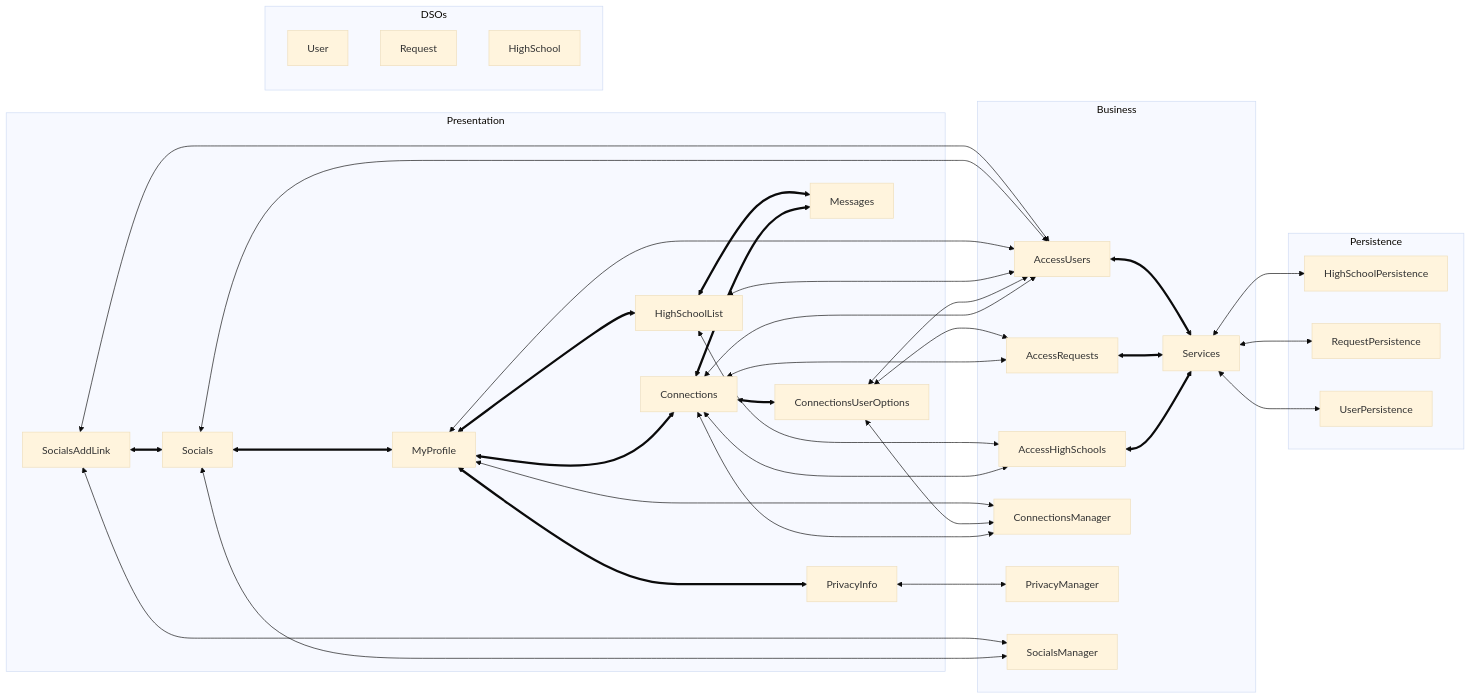
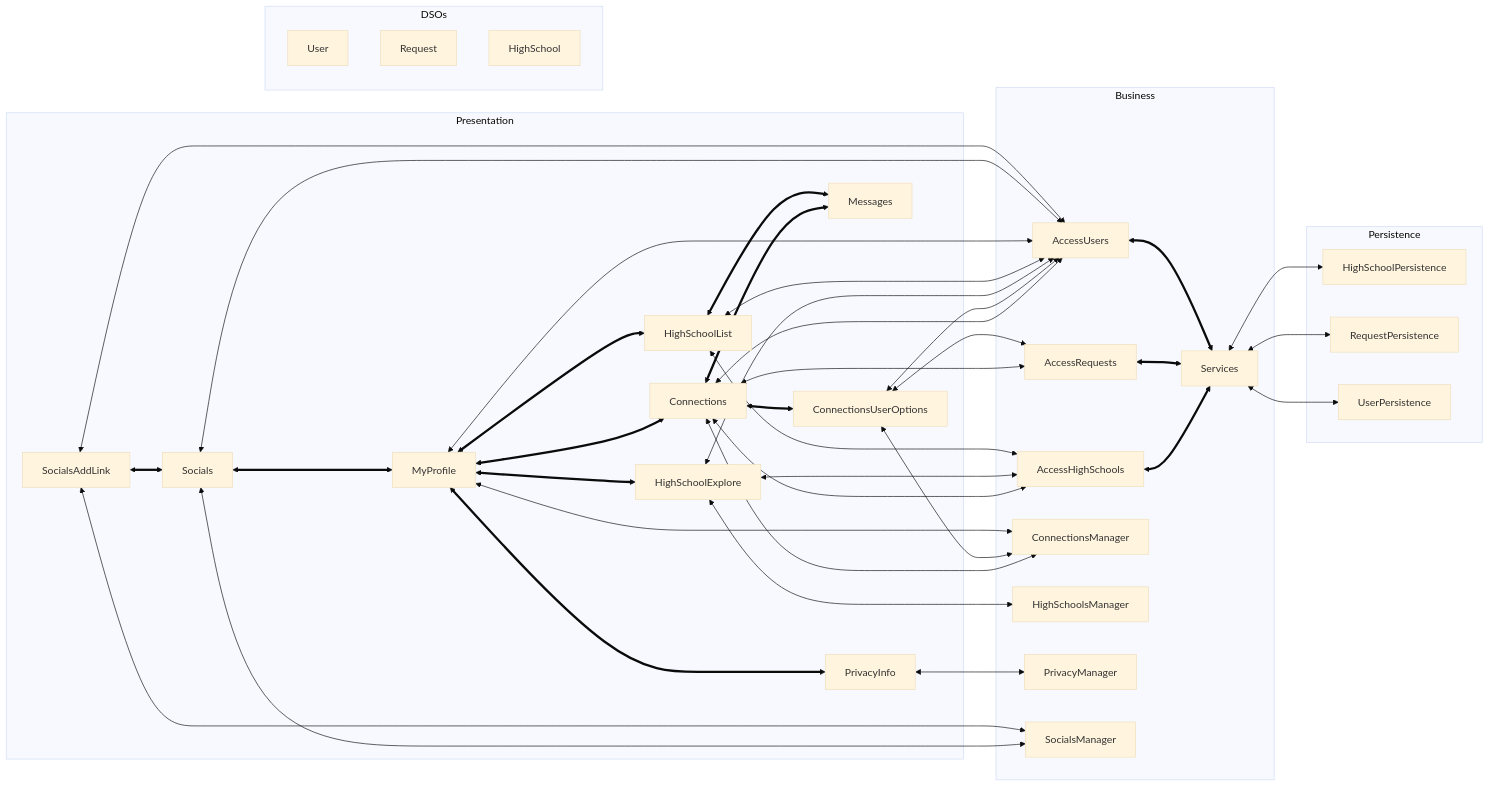
The diagram in docs/ARCHITECTURE.md (khaledElgohary/high-school-hub), drawn with Mermaid (base theme) before and after one commit. The commit also changed other lines of this file, not shown here.

Commit message:
Update ARCHITECTURE.md with new classes related to high schools

````diff
--- a/docs/ARCHITECTURE.md
+++ b/docs/ARCHITECTURE.md
@@ -4,47 +4,50 @@
 ```mermaid
 %% Note: In case the diagram is not rendering properly, a backup can be found at https://code.cs.umanitoba.ca/3350-summer2023/highschool-hub/-/blob/main/docs/mermaid-diagram-backup.png.
 
- flowchart LR
+  flowchart LR
     %% Links between nodes of different subgraphs
     Connections <--> AccessHighSchools & AccessRequests & AccessUsers & ConnectionsManager
     ConnectionsUserOptions <--> AccessRequests & AccessUsers & ConnectionsManager
+    HighSchoolExplore <---> AccessHighSchools & AccessUsers & HighSchoolsManager
     HighSchoolList <---> AccessUsers & AccessHighSchools
     MyProfile <--> AccessUsers & ConnectionsManager
     PrivacyInfo <--> PrivacyManager
     Socials <--> AccessUsers & SocialsManager
     SocialsAddLink <--> AccessUsers & SocialsManager
 
     Services <--> HighSchoolPersistence & RequestPersistence & UserPersistence
 
     subgraph Presentation
     Connections <==> ConnectionsUserOptions
     MyProfile <==> Connections
+    MyProfile <==> HighSchoolExplore
     MyProfile <==> HighSchoolList
     MyProfile <==> PrivacyInfo
     Socials <==> MyProfile
     SocialsAddLink <==> Socials
     Connections & HighSchoolList <==> Messages
     end
 
     subgraph Business
     AccessHighSchools & AccessRequests & AccessUsers <==> Services
     ConnectionsManager
+    HighSchoolsManager
     PrivacyManager
     SocialsManager
     end
 
     subgraph Persistence
     HighSchoolPersistence
     RequestPersistence
     UserPersistence
     end
 
     subgraph DSOs
     User
     Request
     HighSchool
     end
 
     %% Invisible link(s) to keep graphs together
     DSOs ~~~ Presentation
 ```
````
